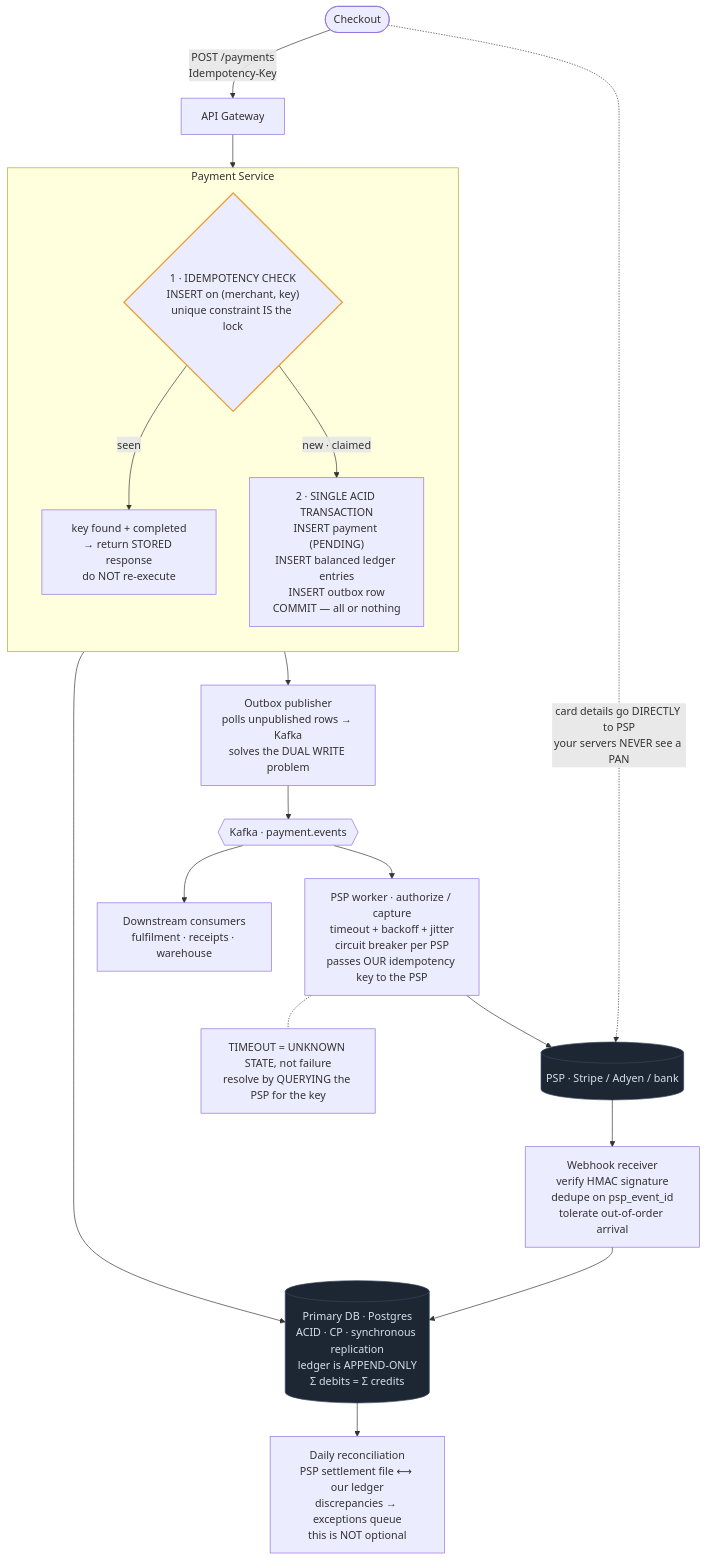
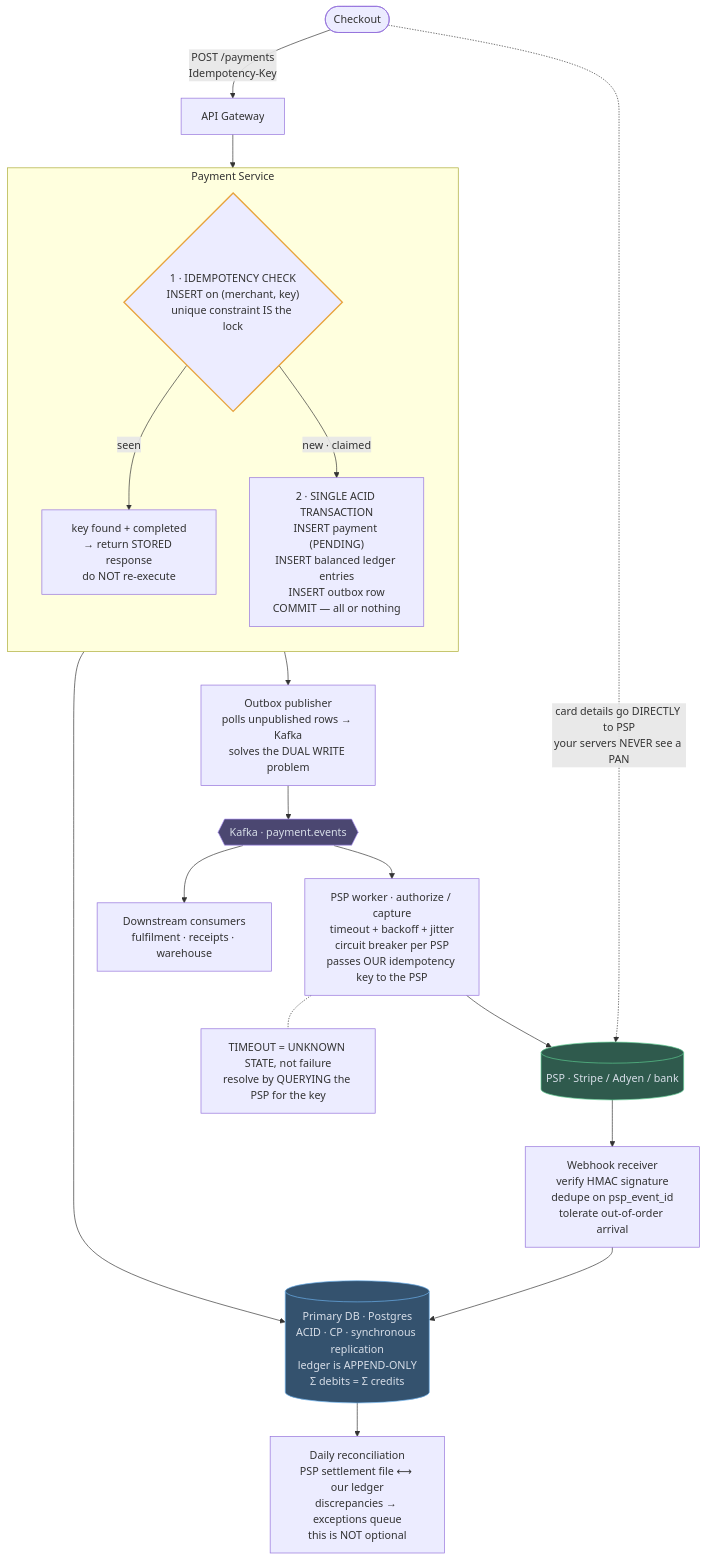
The diagram in content/designs/10-payment-system.md (mertkahyaoglu/atlas), drawn with Mermaid before and after one commit. The commit also changed 16 other files, not shown here.

````diff
--- a/content/designs/10-payment-system.md
+++ b/content/designs/10-payment-system.md
@@ -117,35 +117,39 @@
 ```mermaid
 flowchart TB
     Checkout([Checkout]) -- "POST /payments<br/>Idempotency-Key" --> GW[API Gateway]
     Checkout -. "card details go DIRECTLY to PSP<br/>your servers NEVER see a PAN" .-> PSP
 
     subgraph PAY ["Payment Service"]
         direction TB
         Idem{"1 · IDEMPOTENCY CHECK<br/>INSERT on (merchant, key)<br/>unique constraint IS the lock"}
         Found["key found + completed<br/>→ return STORED response<br/>do NOT re-execute"]
         Txn["2 · SINGLE ACID TRANSACTION<br/>INSERT payment (PENDING)<br/>INSERT balanced ledger entries<br/>INSERT outbox row<br/>COMMIT — all or nothing"]
         Idem -- "seen" --> Found
         Idem -- "new · claimed" --> Txn
     end
     GW --> Idem
 
     Txn --> DB[("Primary DB · Postgres<br/>ACID · CP · synchronous replication<br/>ledger is APPEND-ONLY<br/>Σ debits = Σ credits")]
     Txn --> Outbox["Outbox publisher<br/>polls unpublished rows → Kafka<br/>solves the DUAL WRITE problem"]
     Outbox --> Events{{"Kafka · payment.events"}}
     Events --> Downstream["Downstream consumers<br/>fulfilment · receipts · warehouse"]
     Events --> Worker["PSP worker · authorize / capture<br/>timeout + backoff + jitter<br/>circuit breaker per PSP<br/>passes OUR idempotency key to the PSP"]
     Worker -.- Timeout["TIMEOUT = UNKNOWN STATE, not failure<br/>resolve by QUERYING the PSP for the key"]
 
     Worker --> PSP[("PSP · Stripe / Adyen / bank")]
     PSP --> Hook["Webhook receiver<br/>verify HMAC signature<br/>dedupe on psp_event_id<br/>tolerate out-of-order arrival"]
     Hook --> DB
     DB --> Recon["Daily reconciliation<br/>PSP settlement file ⟷ our ledger<br/>discrepancies → exceptions queue<br/>this is NOT optional"]
 
-    classDef store fill:#1d2734,stroke:#35455a,color:#d7dee8
+    classDef store fill:#34526e,stroke:#6cb2ee,color:#d7dee8
+    classDef queue fill:#4b4771,stroke:#ad94f7,color:#d7dee8
+    classDef external fill:#2f5a4d,stroke:#5cc98f,color:#d7dee8
     classDef hot stroke:#e8a33d,stroke-width:2px
-    class DB,PSP store
+    class DB store
     class Idem hot
+    class Events queue
+    class PSP external
 
     click DB href "/docs/02-data-storage" "Role: writes the payment and its ledger entries in one ACID transaction, replicated synchronously.<br/>Trade-off: picks consistency over availability, so writes stop rather than risk money."
     click Events href "/docs/05-async-messaging-and-event-driven" "Role: publishes payment events for fulfilment and receipts, fed by the outbox.<br/>Trade-off: at-least-once delivery, so every consumer must dedupe."
 ```
````
